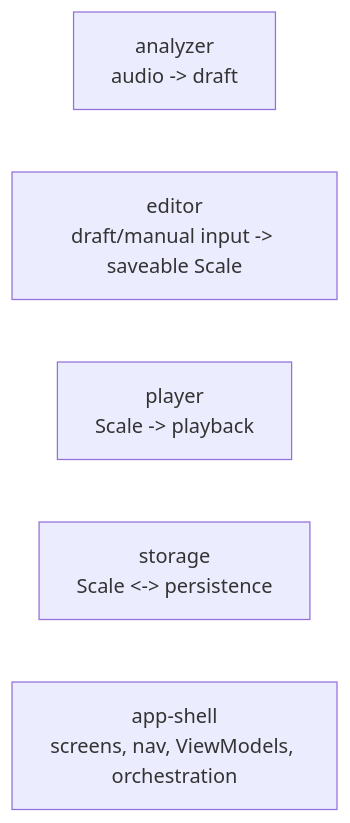
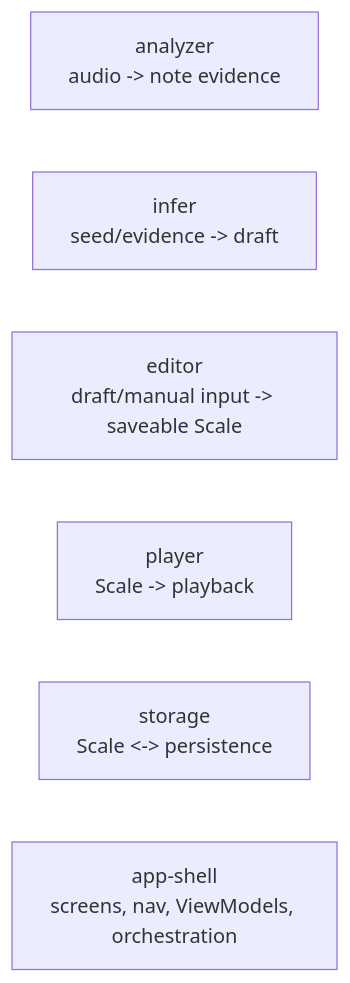
The second of 5 diagrams in docs/architecture/overview.md (robertdyr/skales-v1), drawn with Mermaid before and after one commit. The commit also changed other lines of this file and 34 other files, not shown here.

````diff
--- a/docs/architecture/overview.md
+++ b/docs/architecture/overview.md
@@ -61,8 +64,9 @@
 ```mermaid
 flowchart LR
-    Analyzer["analyzer<br/>audio -> draft"]
+    Analyzer["analyzer<br/>audio -> note evidence"]
+    Infer["infer<br/>seed/evidence -> draft"]
     Editor["editor<br/>draft/manual input -> saveable Scale"]
     Player["player<br/>Scale -> playback"]
     Storage["storage<br/>Scale <-> persistence"]
     App["app-shell<br/>screens, nav, ViewModels, orchestration"]
 ```
````
